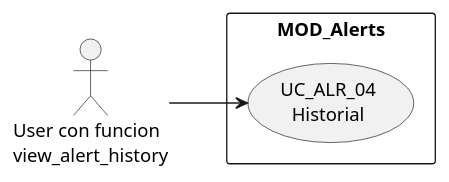
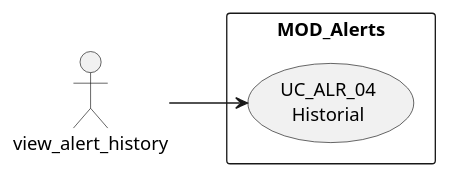
The first of 4 diagrams in source/requisitos/casos-uso/alerts/uc-alr-04/diagramas-uml.rst (jcg-admin/IACT-docs), drawn with PlantUML before and after one commit. The commit also changed 77 other files, not shown here.

First line of the commit message:
Enforce RBAC function names as actors in all UML diagrams

```diff
--- a/source/requisitos/casos-uso/alerts/uc-alr-04/diagramas-uml.rst
+++ b/source/requisitos/casos-uso/alerts/uc-alr-04/diagramas-uml.rst
@@ -10,10 +10,10 @@
 .. uml::
 
  @startuml
  left to right direction
- actor "User con funcion\nview_alert_history" as USR
+ actor "view_alert_history" as USR
  rectangle "MOD_Alerts" {
    usecase "UC_ALR_04\nHistorial" as UC04
  }
  USR --> UC04
  @enduml
```
